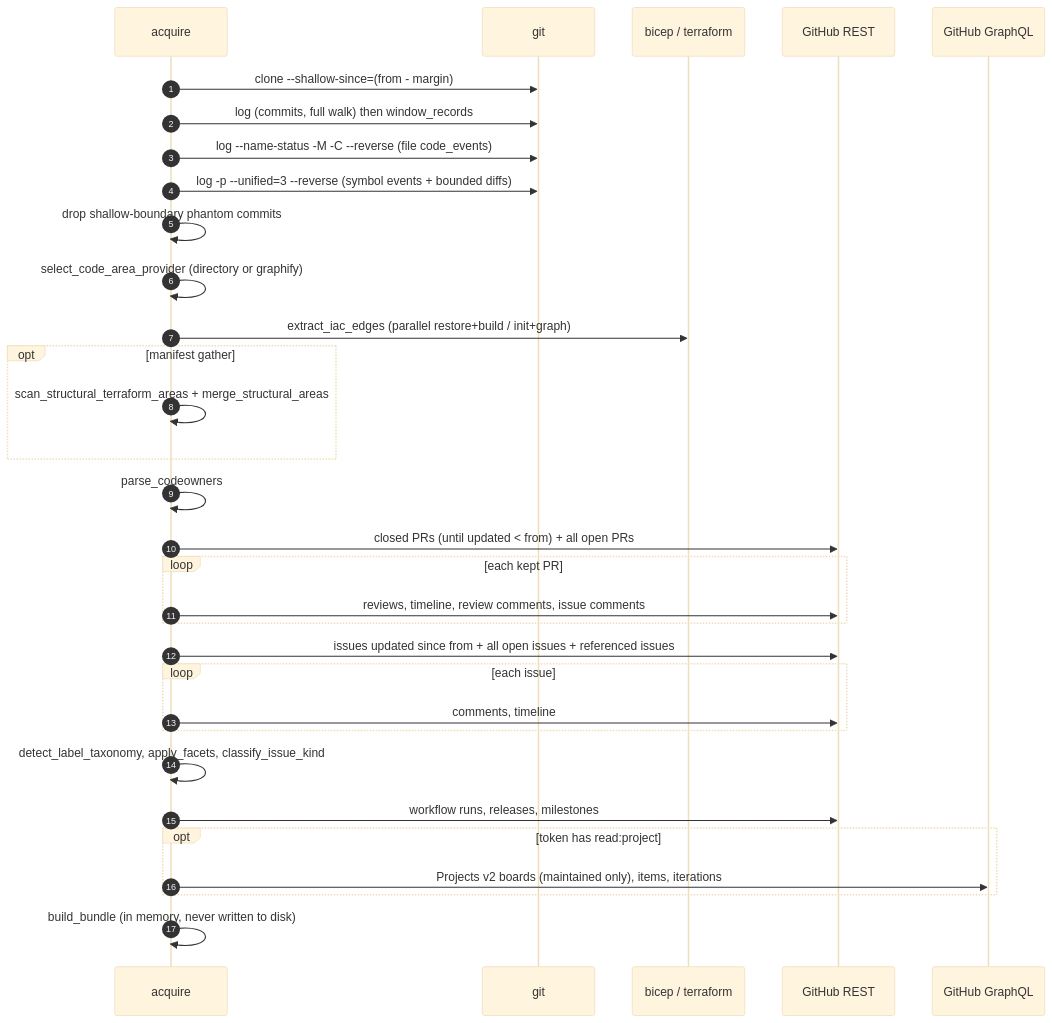
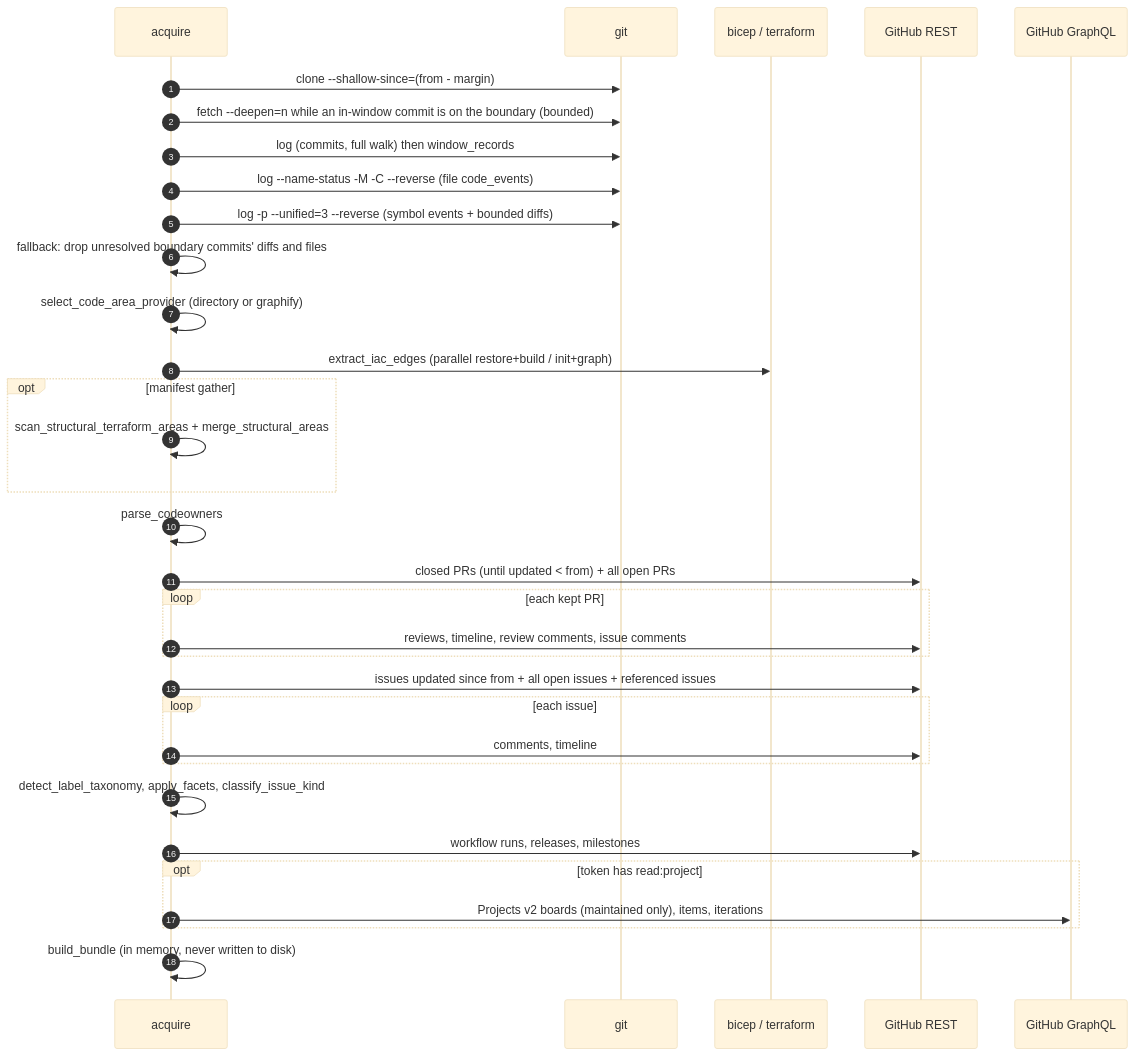
Before and after one commit to DamianFlynn/experiments: the second of 11 diagrams in .claude/skills/activity-overview/docs/LLD.md, drawn with Mermaid (base theme). The commit also changed other lines of this file and 5 other files, not shown here.

First line of the commit message:
activity-overview gather: deepen past in-window shallow-boundary commits

````diff
--- a/.claude/skills/activity-overview/docs/LLD.md
+++ b/.claude/skills/activity-overview/docs/LLD.md
@@ -132,34 +132,35 @@
 ```mermaid
 sequenceDiagram
   autonumber
   participant A as acquire
   participant Git as git
   participant IaC as bicep / terraform
   participant REST as GitHub REST
   participant GQL as GitHub GraphQL
   A->>Git: clone --shallow-since=(from - margin)
+  A->>Git: fetch --deepen=n while an in-window commit is on the boundary (bounded)
   A->>Git: log (commits, full walk) then window_records
   A->>Git: log --name-status -M -C --reverse (file code_events)
   A->>Git: log -p --unified=3 --reverse (symbol events + bounded diffs)
-  A->>A: drop shallow-boundary phantom commits
+  A->>A: fallback: drop unresolved boundary commits' diffs and files
   A->>A: select_code_area_provider (directory or graphify)
   A->>IaC: extract_iac_edges (parallel restore+build / init+graph)
   opt manifest gather
     A->>A: scan_structural_terraform_areas + merge_structural_areas
   end
   A->>A: parse_codeowners
   A->>REST: closed PRs (until updated < from) + all open PRs
   loop each kept PR
     A->>REST: reviews, timeline, review comments, issue comments
   end
   A->>REST: issues updated since from + all open issues + referenced issues
   loop each issue
     A->>REST: comments, timeline
   end
   A->>A: detect_label_taxonomy, apply_facets, classify_issue_kind
   A->>REST: workflow runs, releases, milestones
   opt token has read:project
     A->>GQL: Projects v2 boards (maintained only), items, iterations
   end
   A->>A: build_bundle (in memory, never written to disk)
 ```
````
